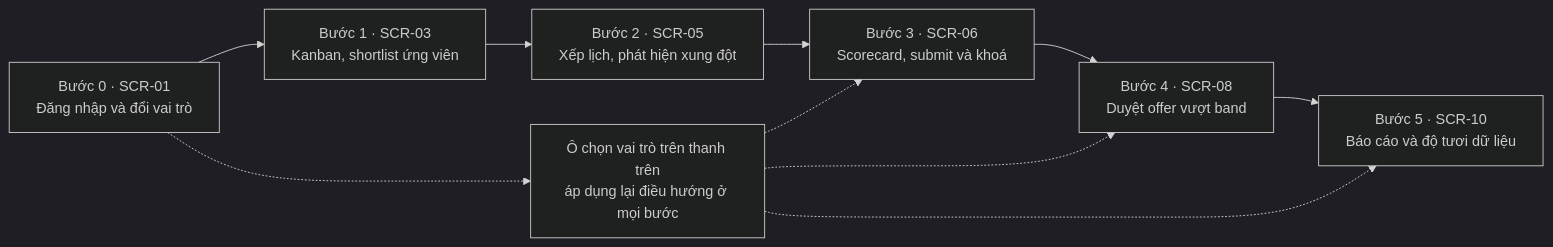
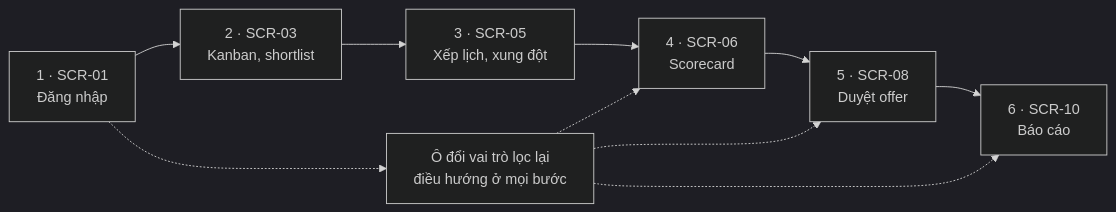
Before and after one commit to ktcshust/IT3120: the diagram in report/chapter_6_conclusion.md, drawn with Mermaid (dark theme). The commit also changed other lines of this file and 36 other files, not shown here.

First line of the commit message:
Phần D: chỉnh Chương 5-6 đạt chuẩn một chương báo cáo

````diff
--- a/report/chapter_6_conclusion.md
+++ b/report/chapter_6_conclusion.md
@@ -69,12 +44,12 @@
 ```mermaid
 flowchart LR
-  B0["Bước 0 · SCR-01<br/>Đăng nhập và đổi vai trò"] --> B1["Bước 1 · SCR-03<br/>Kanban, shortlist ứng viên"]
-  B1 --> B2["Bước 2 · SCR-05<br/>Xếp lịch, phát hiện xung đột"]
-  B2 --> B3["Bước 3 · SCR-06<br/>Scorecard, submit và khoá"]
-  B3 --> B4["Bước 4 · SCR-08<br/>Duyệt offer vượt band"]
-  B4 --> B5["Bước 5 · SCR-10<br/>Báo cáo và độ tươi dữ liệu"]
-  B0 -.-> R["Ô chọn vai trò trên thanh trên<br/>áp dụng lại điều hướng ở mọi bước"]
-  R -.-> B3
+  B1["1 · SCR-01<br/>Đăng nhập"] --> B2["2 · SCR-03<br/>Kanban, shortlist"]
+  B2 --> B3["3 · SCR-05<br/>Xếp lịch, xung đột"]
+  B3 --> B4["4 · SCR-06<br/>Scorecard"]
+  B4 --> B5["5 · SCR-08<br/>Duyệt offer"]
+  B5 --> B6["6 · SCR-10<br/>Báo cáo"]
+  B1 -.-> R["Ô đổi vai trò lọc lại<br/>điều hướng ở mọi bước"]
   R -.-> B4
   R -.-> B5
+  R -.-> B6
 ```
````
